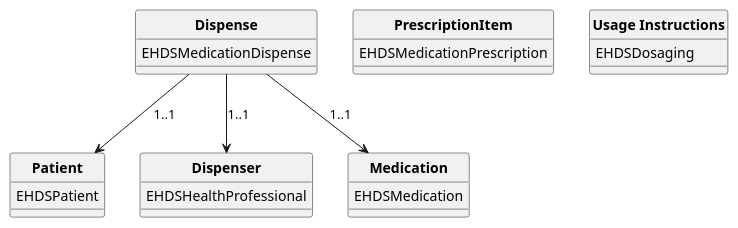
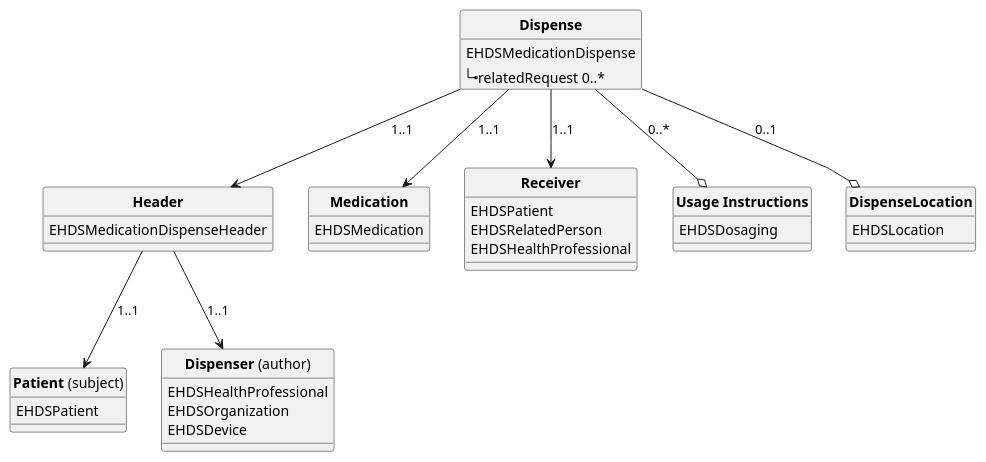
One commit to Xt-EHR/xt-ehr-common changed the diagram in input/images-source/dispense.plantuml. Above: the diagram before and after it, drawn with PlantUML. The commit also changed 3 other files, not shown here.

Commit message:
eP/eD diagram update

```diff
--- a/input/images-source/dispense.plantuml
+++ b/input/images-source/dispense.plantuml
@@ -1,40 +1,57 @@
 @startuml
 skinparam linetype polyline
 hide circle
 hide stereotype
 
 
 class "**Dispense**" as eD{
   EHDSMedicationDispense
+  |_relatedRequest 0..*  
 }
 
-eD --> Patient: "1..1"
-eD --> Dispenser: "1..1"
+
+eD --> Header: "1..1"
 eD --> Medication: "1..1"
+eD --> Receiver: "1..1"
+eD --o Dosage: "0..*"
+eD --o Location: "0..1"
+
+class "**Header**" as Header{
+EHDSMedicationDispenseHeader
+}
+
+Header --> Patient: "1..1"
+Header --> Dispenser: "1..1"
 
 
-class "**Dispenser**" as Dispenser{
+class "**Dispenser** (author)" as Dispenser{
   EHDSHealthProfessional   
-  
+  EHDSOrganization
+  EHDSDevice
 }
 
-class "**Patient**" as Patient{
+class "**Patient** (subject)" as Patient{
   EHDSPatient   
 
 }
 
-class "**PrescriptionItem**" as Item{ 
-  EHDSMedicationPrescription
+class "**Receiver**" as Receiver{ 
+  EHDSPatient
+  EHDSRelatedPerson
+  EHDSHealthProfessional
 }
 
+class "**DispenseLocation**" as Location{
+  EHDSLocation   
 
+}
 class "**Usage Instructions**" as Dosage{
   EHDSDosaging   
  
 }
 
 class "**Medication**" as Medication{
   EHDSMedication
  
 }
 @enduml
```
